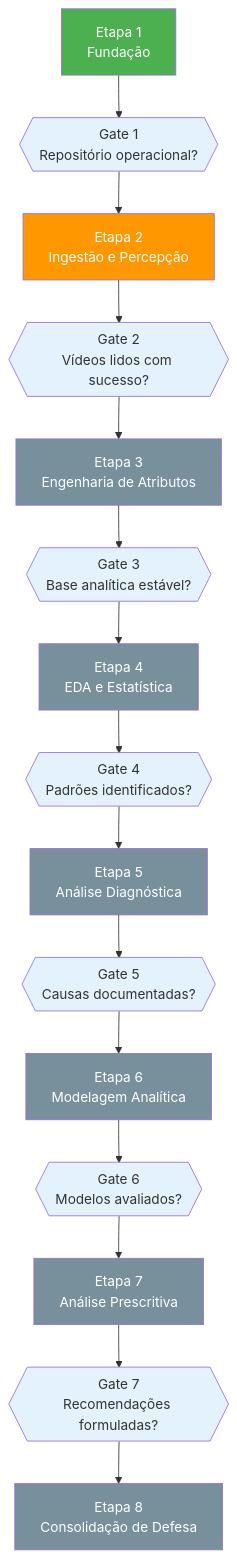
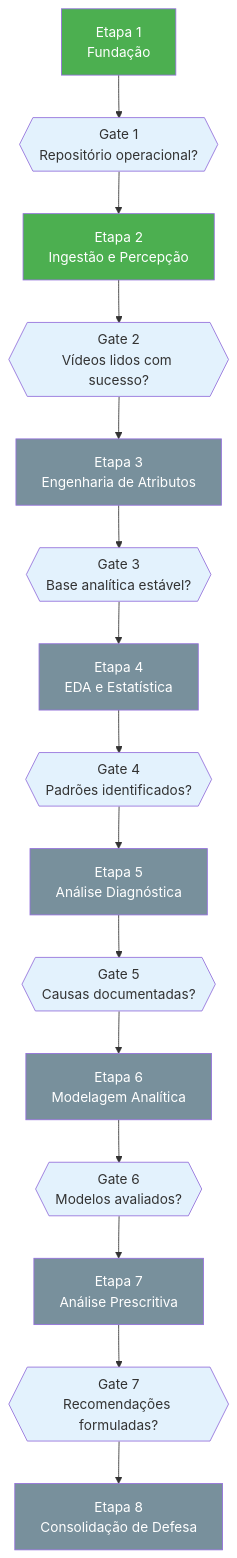
Before and after one commit to especializacao-ia-pucsp/mediapipe-seguranca: the first of 2 diagrams in docs/PLANO_DE_EXECUCAO.md, drawn with Mermaid. The commit also changed 14 other files, not shown here.

````diff
--- a/docs/PLANO_DE_EXECUCAO.md
+++ b/docs/PLANO_DE_EXECUCAO.md
@@ -29,36 +29,36 @@
 ```mermaid
 flowchart TD
     E1["Etapa 1<br/>Fundação"]
     G1{{"Gate 1<br/>Repositório operacional?"}}
     E2["Etapa 2<br/>Ingestão e Percepção"]
     G2{{"Gate 2<br/>Vídeos lidos com sucesso?"}}
     E3["Etapa 3<br/>Engenharia de Atributos"]
     G3{{"Gate 3<br/>Base analítica estável?"}}
     E4["Etapa 4<br/>EDA e Estatística"]
     G4{{"Gate 4<br/>Padrões identificados?"}}
     E5["Etapa 5<br/>Análise Diagnóstica"]
     G5{{"Gate 5<br/>Causas documentadas?"}}
     E6["Etapa 6<br/>Modelagem Analítica"]
     G6{{"Gate 6<br/>Modelos avaliados?"}}
     E7["Etapa 7<br/>Análise Prescritiva"]
     G7{{"Gate 7<br/>Recomendações formuladas?"}}
     E8["Etapa 8<br/>Consolidação de Defesa"]
 
     E1 --> G1 --> E2 --> G2 --> E3 --> G3 --> E4 --> G4 --> E5 --> G5 --> E6 --> G6 --> E7 --> G7 --> E8
 
     style E1 fill:#4CAF50,color:#fff
-    style E2 fill:#FF9800,color:#fff
+    style E2 fill:#4CAF50,color:#fff
     style E3 fill:#78909C,color:#fff
     style E4 fill:#78909C,color:#fff
     style E5 fill:#78909C,color:#fff
     style E6 fill:#78909C,color:#fff
     style E7 fill:#78909C,color:#fff
     style E8 fill:#78909C,color:#fff
     style G1 fill:#E3F2FD,color:#333
     style G2 fill:#E3F2FD,color:#333
     style G3 fill:#E3F2FD,color:#333
     style G4 fill:#E3F2FD,color:#333
     style G5 fill:#E3F2FD,color:#333
     style G6 fill:#E3F2FD,color:#333
     style G7 fill:#E3F2FD,color:#333
 ```
````
